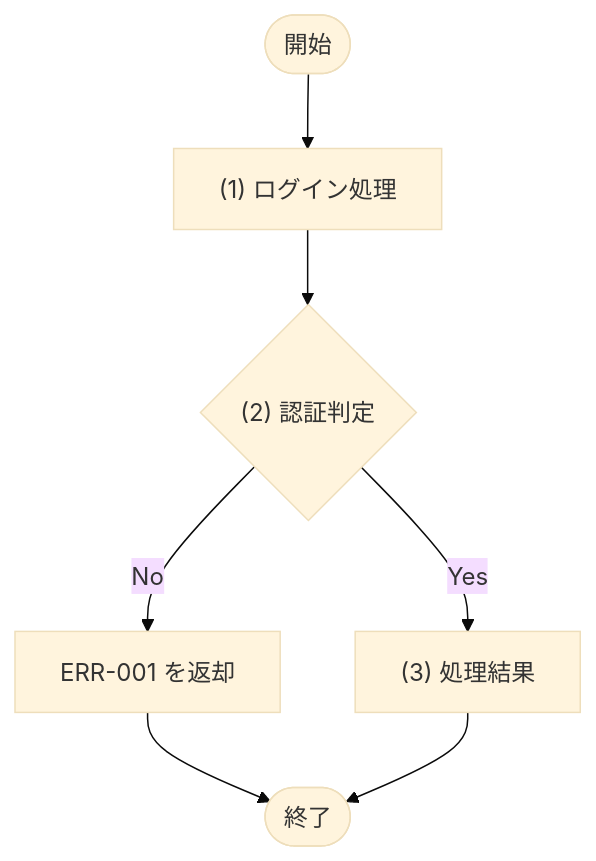
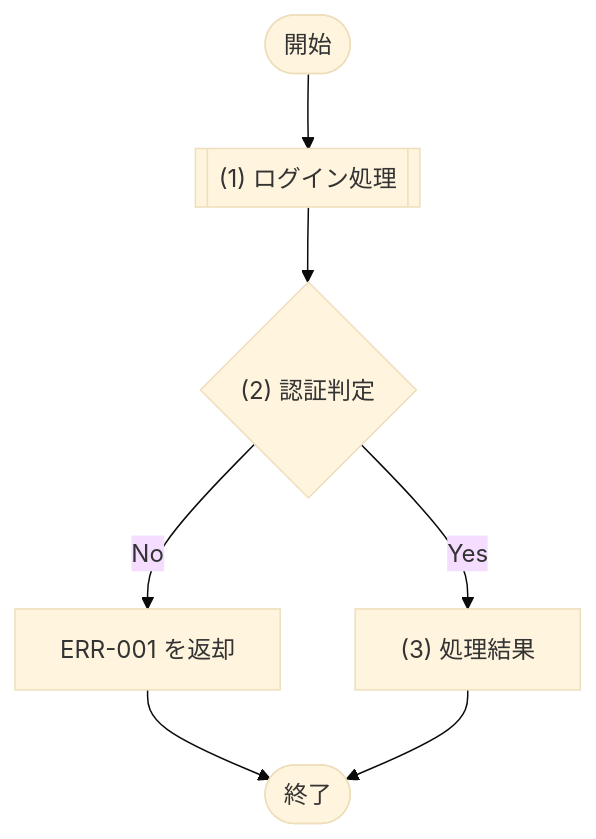
Before and after one commit to sikakou54/system-document-template: the diagram in docs/03_機能設計/03_API設計/API-001_ログイン.md, drawn with Mermaid (base theme). The commit also changed 28 other files, not shown here.

````diff
--- a/docs/03_機能設計/03_API設計/API-001_ログイン.md
+++ b/docs/03_機能設計/03_API設計/API-001_ログイン.md
@@ -41,13 +41,13 @@
 ```mermaid
 flowchart TD
   Start([開始])
-  P1["(1) ログイン処理"]
+  P1[["(1) ログイン処理"]]
   D1{"(2) 認証判定"}
   E1["ERR-001 を返却"]
   P2["(3) 処理結果"]
   End([終了])
 
   Start --> P1 --> D1
   D1 -- "No" --> E1 --> End
   D1 -- "Yes" --> P2 --> End
 ```
````
